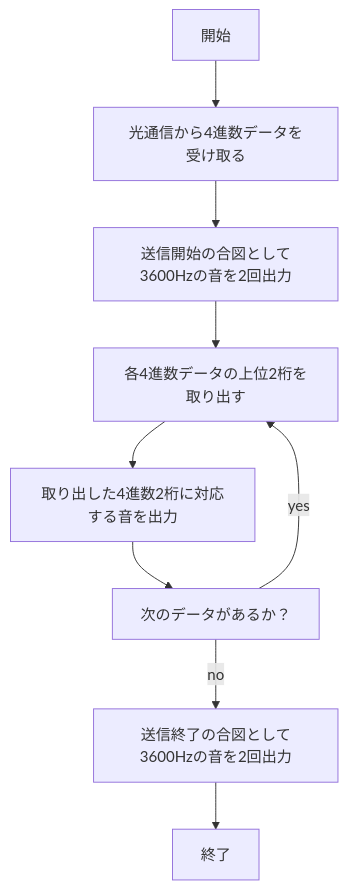
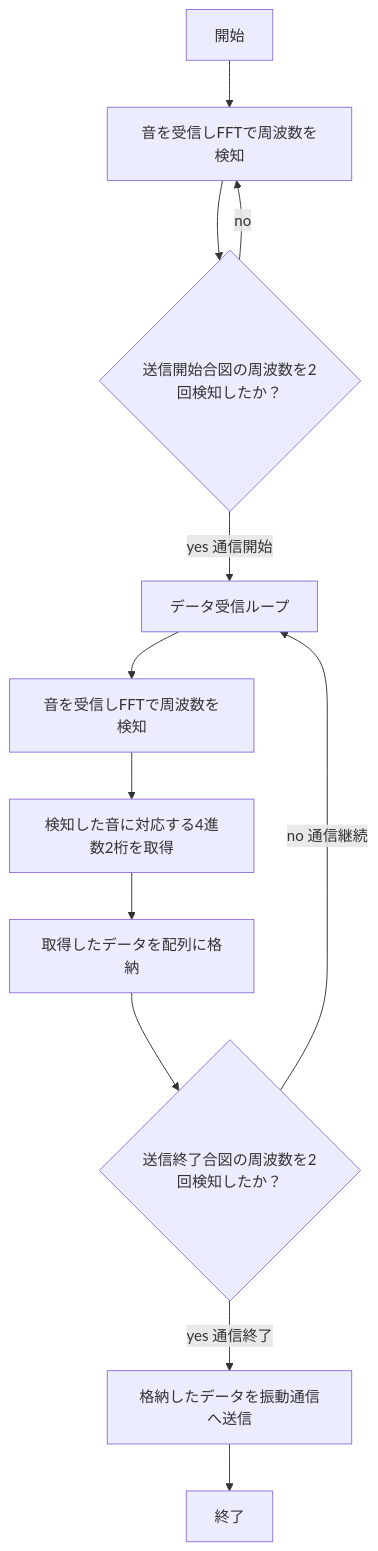
The eighth of 12 diagrams in README.md (kanayuu0404/hakkason), drawn with Mermaid before and after one commit. The commit also changed other lines of this file, not shown here.

Commit message:
フロチャ追加

````diff
--- a/README.md
+++ b/README.md
@@ -192,21 +190,30 @@
 ```mermaid
 flowchart TD;
 
 start["開始"]
 end1["終了"]
-uke["光通信から4進数データを受け取る"]
-aizu1["送信開始の合図として3600Hzの音を2回出力"]
-loop_start["各4進数データの上位2桁を取り出す"]
-syutu["取り出した4進数2桁に対応する音を出力"]
-check_more["次のデータがあるか？"]
-aizu2["送信終了の合図として3600Hzの音を2回出力"]
 
-start --> uke
-uke --> aizu1
-aizu1 --> loop_start
-loop_start --> syutu
-syutu --> check_more
-check_more -->|yes| loop_start
-check_more -->|no| aizu2
-aizu2 --> end1
+check_start["音を受信しFFTで周波数を検知"]
+if1{"送信開始合図の周波数を2回検知したか？"}
+
+loop["データ受信ループ"]
+recv["音を受信しFFTで周波数を検知"]
+syutoku["検知した音に対応する4進数2桁を取得"]
+kakuno["取得したデータを配列に格納"]
+if2{"送信終了合図の周波数を2回検知したか？"}
+
+sindou["格納したデータを振動通信へ送信"]
+
+start --> check_start
+check_start --> if1
+if1 -->|yes 通信開始| loop
+if1 -->|no| check_start
+
+loop --> recv
+recv --> syutoku
+syutoku --> kakuno
+kakuno --> if2
+if2 -->|no 通信継続| loop
+if2 -->|yes 通信終了| sindou
+sindou --> end1
 ```
````
